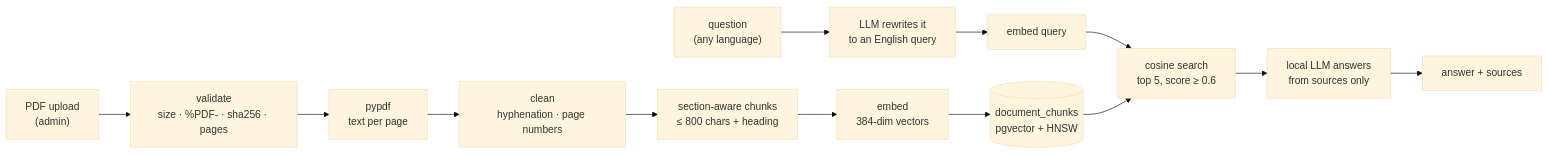
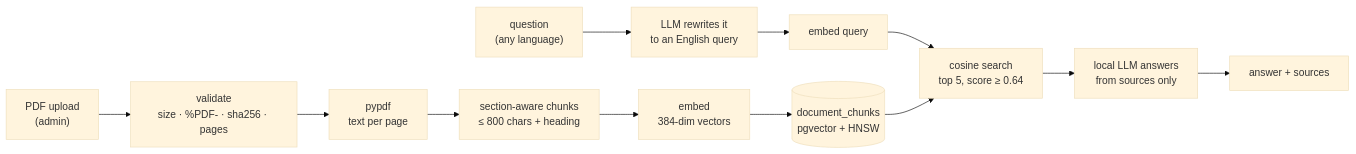
One commit to InviXtaHydra/invixta changed the second of 3 diagrams in README.md. Above: the diagram before and after it, drawn with Mermaid (base theme). The commit also changed other lines of this file and 15 other files, not shown here.

````diff
--- a/README.md
+++ b/README.md
@@ -265,11 +263,10 @@
 ```mermaid
 flowchart LR
     PDF["PDF upload<br/>(admin)"] --> Check["validate<br/>size · %PDF- · sha256 · pages"]
     Check --> Extract["pypdf<br/>text per page"]
-    Extract --> Clean["clean<br/>hyphenation · page numbers"]
-    Clean --> Chunk["section-aware chunks<br/>≤ 800 chars + heading"]
+    Extract --> Chunk["section-aware chunks<br/>≤ 800 chars + heading"]
     Chunk --> Embed["embed<br/>384-dim vectors"]
     Embed --> Store[("document_chunks<br/>pgvector + HNSW")]
-    Q["question<br/>(any language)"] --> RW["LLM rewrites it<br/>to an English query"] --> QE["embed query"] --> Search["cosine search<br/>top 5, score ≥ 0.6"]
+    Q["question<br/>(any language)"] --> RW["LLM rewrites it<br/>to an English query"] --> QE["embed query"] --> Search["cosine search<br/>top 5, score ≥ 0.64"]
     Store --> Search --> LLM["local LLM answers<br/>from sources only"] --> A["answer + sources"]
 ```
````
